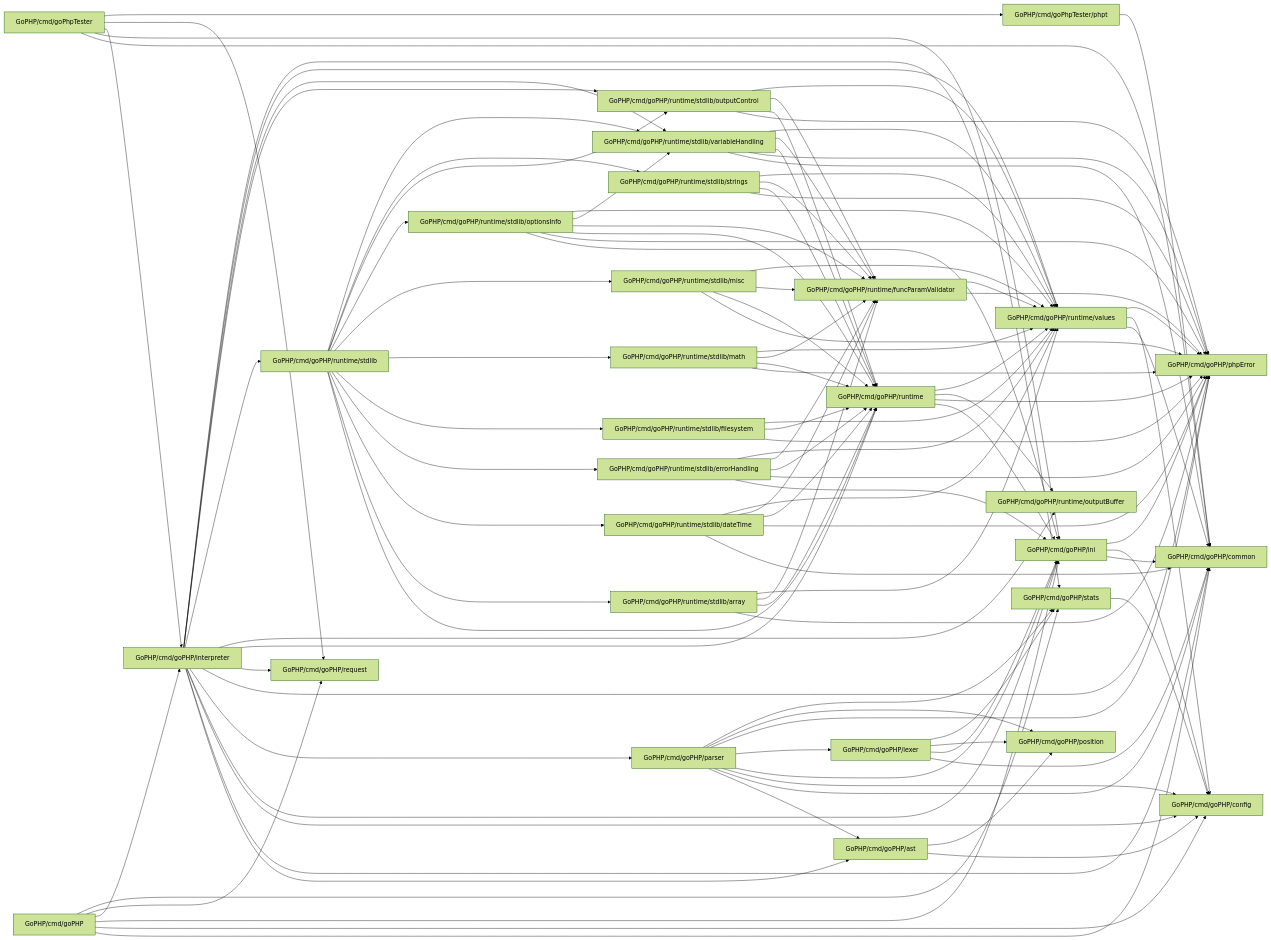
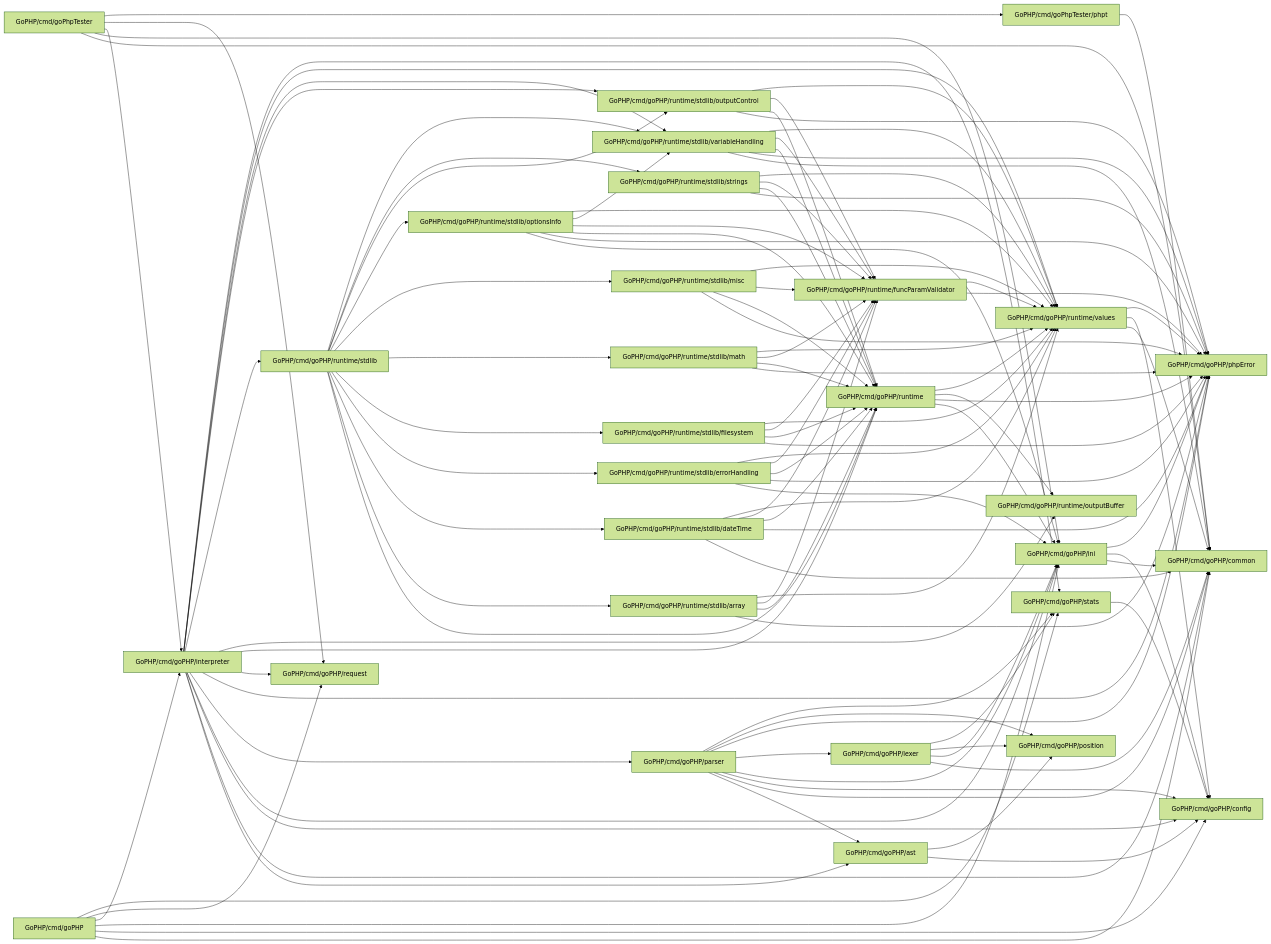
The diagram in doc/Packages.md (MasterZydra/QIQ), drawn with Mermaid (forest theme) before and after one commit. The commit also changed 2 other files, not shown here.

Commit message:
Added filesystem functions: `is_dir`, `is_file` and `file_exists`

```diff
--- a/doc/Packages.md
+++ b/doc/Packages.md
@@ -84,6 +84,7 @@
 
     GoPHP_cmd_goPHP_runtime_stdlib_filesystem[GoPHP/cmd/goPHP/runtime/stdlib/filesystem] --> GoPHP_cmd_goPHP_phpError[GoPHP/cmd/goPHP/phpError]
     GoPHP_cmd_goPHP_runtime_stdlib_filesystem[GoPHP/cmd/goPHP/runtime/stdlib/filesystem] --> GoPHP_cmd_goPHP_runtime[GoPHP/cmd/goPHP/runtime]
+    GoPHP_cmd_goPHP_runtime_stdlib_filesystem[GoPHP/cmd/goPHP/runtime/stdlib/filesystem] --> GoPHP_cmd_goPHP_runtime_funcParamValidator[GoPHP/cmd/goPHP/runtime/funcParamValidator]
     GoPHP_cmd_goPHP_runtime_stdlib_filesystem[GoPHP/cmd/goPHP/runtime/stdlib/filesystem] --> GoPHP_cmd_goPHP_runtime_values[GoPHP/cmd/goPHP/runtime/values]
 
     GoPHP_cmd_goPHP_runtime_stdlib_math[GoPHP/cmd/goPHP/runtime/stdlib/math] --> GoPHP_cmd_goPHP_phpError[GoPHP/cmd/goPHP/phpError]
```
